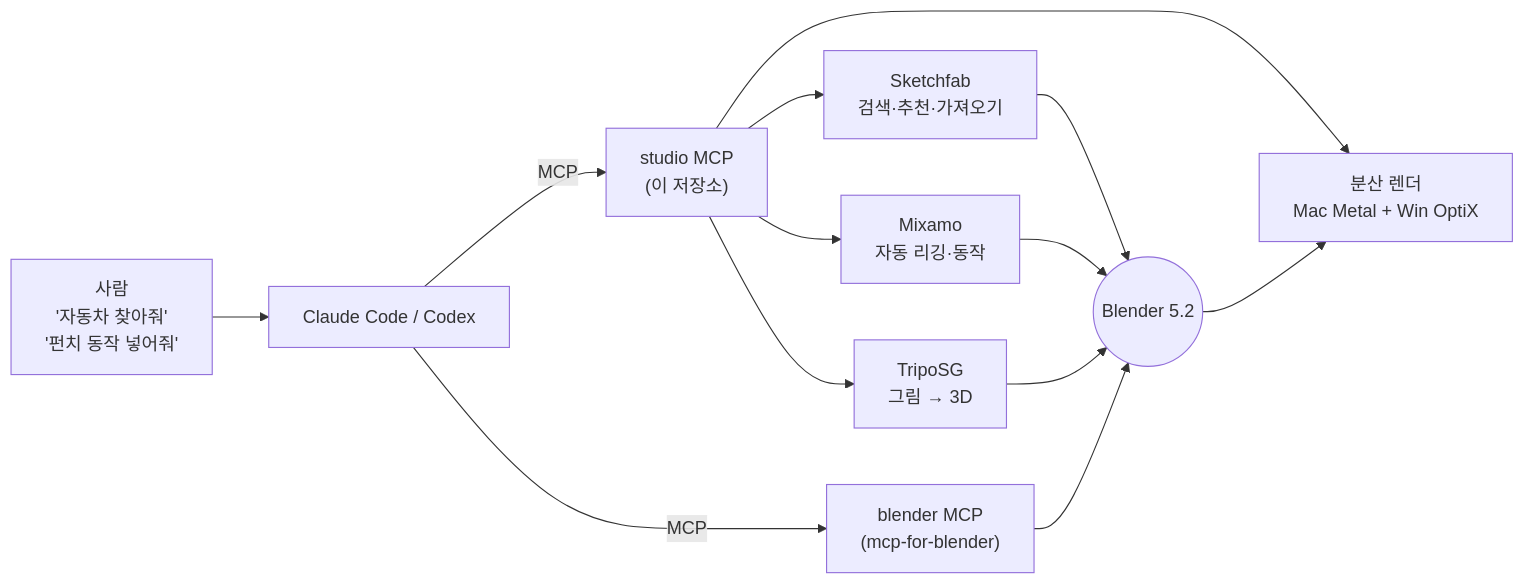
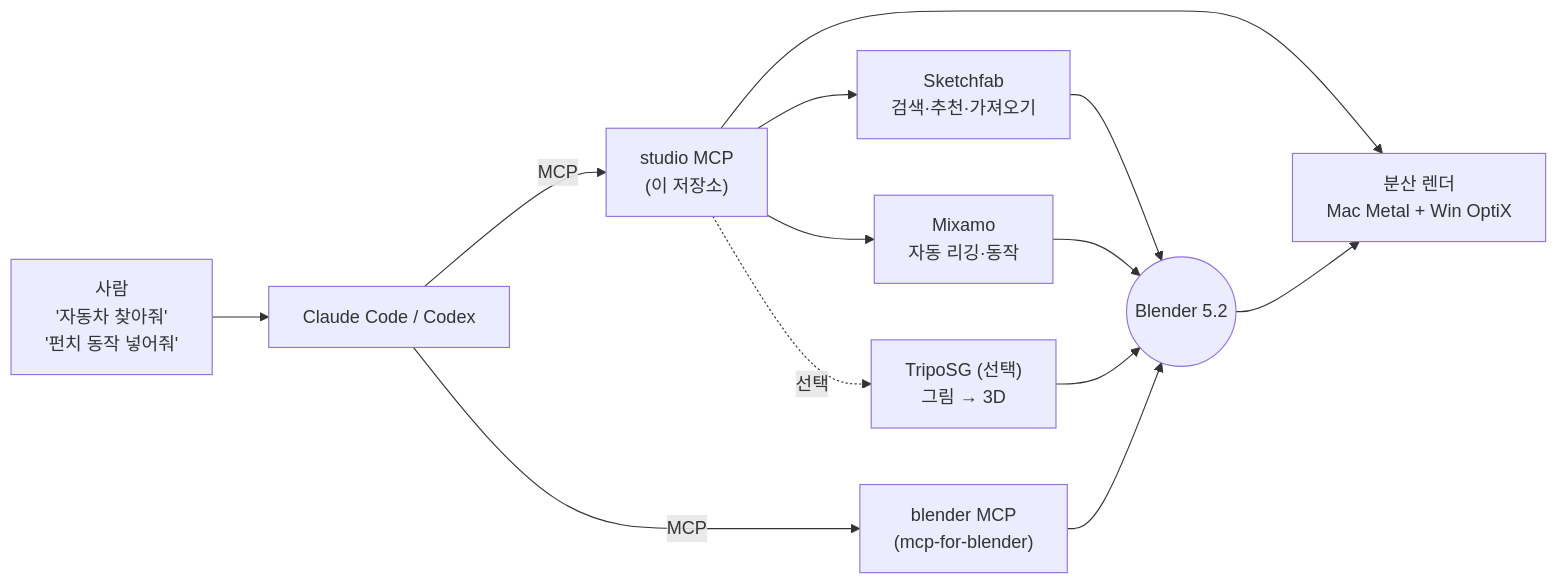
The diagram in README.md (d-onworks/blender-mcp-studio), drawn with Mermaid before and after one commit. The commit also changed other lines of this file and 3 other files, not shown here.

````diff
--- a/README.md
+++ b/README.md
@@ -59,15 +67,15 @@
 ```mermaid
 flowchart LR
     U["사람<br/>'자동차 찾아줘'<br/>'펀치 동작 넣어줘'"] --> A["Claude Code / Codex"]
     A -->|MCP| S["studio MCP<br/>(이 저장소)"]
     A -->|MCP| B["blender MCP<br/>(mcp-for-blender)"]
     S --> SK["Sketchfab<br/>검색·추천·가져오기"]
     S --> MX["Mixamo<br/>자동 리깅·동작"]
-    S --> TS["TripoSG<br/>그림 → 3D"]
+    S -.->|선택| TS["TripoSG (선택)<br/>그림 → 3D"]
     S --> R["분산 렌더<br/>Mac Metal + Win OptiX"]
     SK --> BL(("Blender 5.2"))
     MX --> BL
     TS --> BL
     B --> BL
     BL --> R
 ```
````
